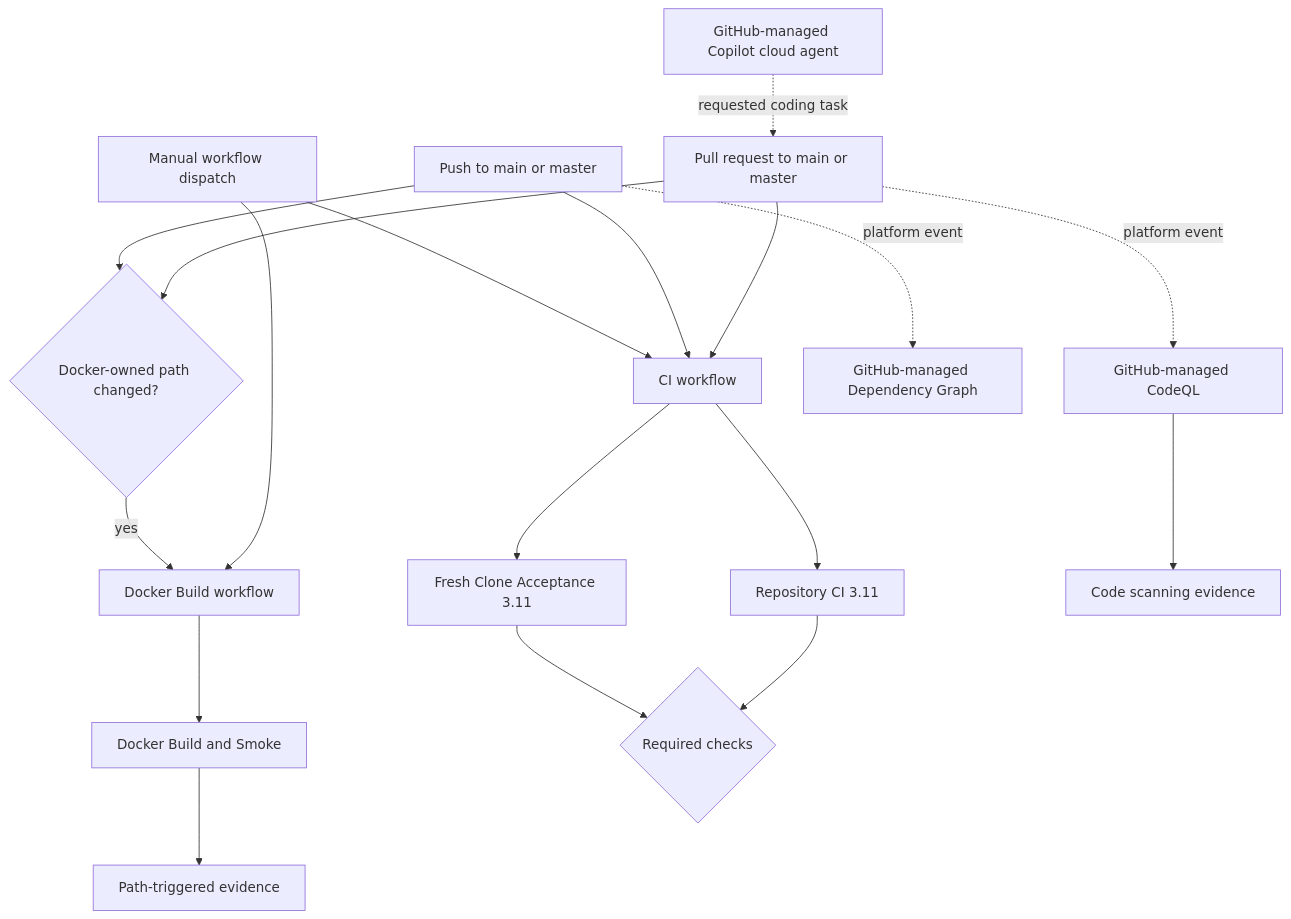
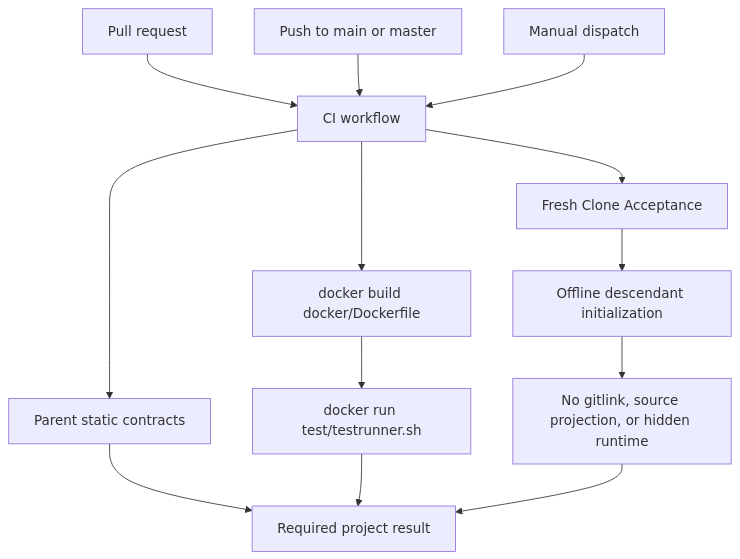
The diagram in documents/design/github-actions.md (iwashita-nozomu/project_template), drawn with Mermaid before and after one commit. The commit also changed other lines of this file and 58 other files, not shown here.

Commit message:
Make Template source-free from AgentCanon (#197)

````diff
--- a/documents/design/github-actions.md
+++ b/documents/design/github-actions.md
@@ -74,38 +24,15 @@
 ```mermaid
 flowchart TD
-  pr[Pull request to main or master]
-  push[Push to main or master]
-  manual[Manual workflow dispatch]
-  path_filter{Docker-owned path changed?}
-
-  ci[CI workflow]
-  repo_ci[Repository CI 3.11]
-  fresh[Fresh Clone Acceptance 3.11]
-  docker[Docker Build workflow]
-  docker_job[Docker Build and Smoke]
-
-  codeql[GitHub-managed CodeQL]
-  depgraph[GitHub-managed Dependency Graph]
-  copilot[GitHub-managed Copilot cloud agent]
-
-  pr --> ci
-  push --> ci
-  manual --> ci
-  ci --> repo_ci
-  ci --> fresh
-
-  pr --> path_filter
-  push --> path_filter
-  manual --> docker
-  path_filter -->|yes| docker
-  docker --> docker_job
-
-  pr -. platform event .-> codeql
-  push -. platform event .-> depgraph
-  copilot -. requested coding task .-> pr
-
-  repo_ci --> required{Required checks}
-  fresh --> required
-  docker_job --> optional[Path-triggered evidence]
-  codeql --> security[Code scanning evidence]
+  pr[Pull request] --> ci[CI workflow]
+  push[Push to main or master] --> ci
+  manual[Manual dispatch] --> ci
+  ci --> static[Parent static contracts]
+  ci --> build[docker build docker/Dockerfile]
+  build --> run[docker run test/testrunner.sh]
+  ci --> fresh[Fresh Clone Acceptance]
+  fresh --> init[Offline descendant initialization]
+  init --> boundary[No gitlink, source projection, or hidden runtime]
+  static --> result[Required project result]
+  run --> result
+  boundary --> result
 ```
````
